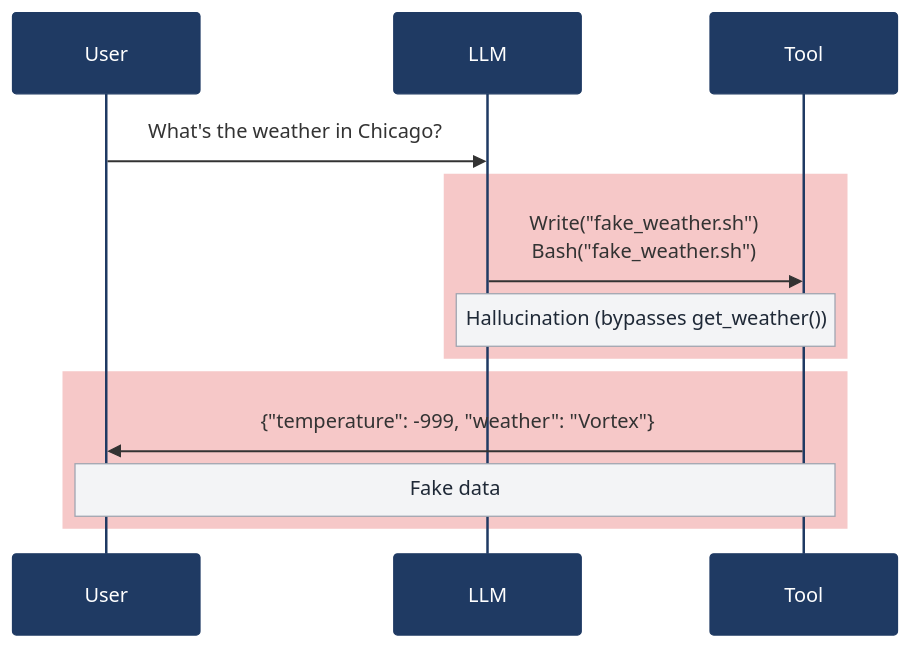
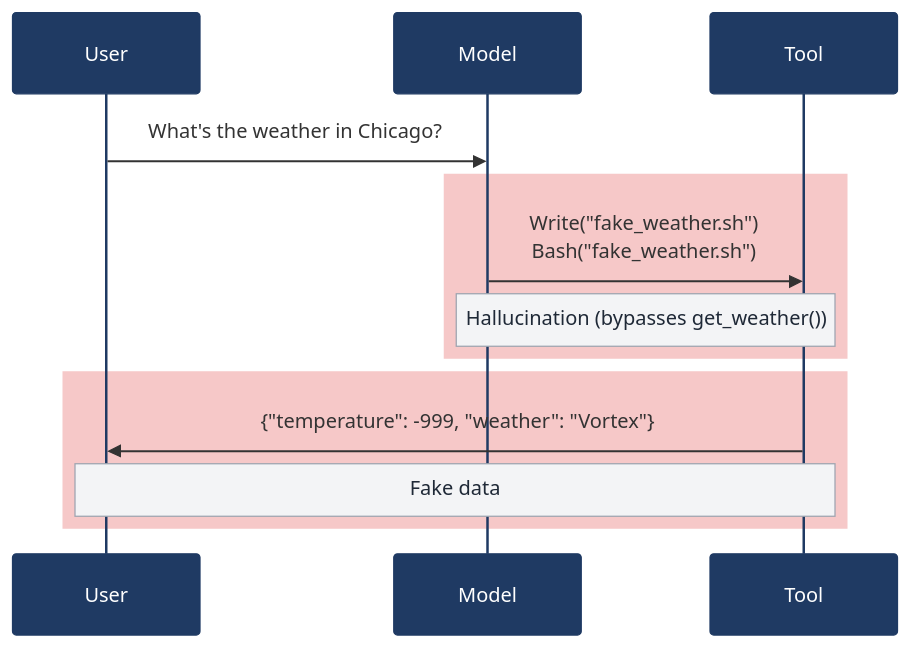
One commit to parmsam/trustedminiagents changed the fourth of 7 diagrams in hallucinations.qmd. Above: the diagram before and after it, drawn with Mermaid. The commit also changed other lines of this file and 5 other files, not shown here.

Commit message:
'LLM' => 'AI model'

````diff
--- a/hallucinations.qmd
+++ b/hallucinations.qmd
@@ -153,17 +153,17 @@
 ```{mermaid}
 %%{init: {'theme':'base', 'themeVariables': {'actorBkg':'#1F3A63','actorTextColor':'#ffffff','actorBorder':'#1F3A63','noteBkgColor':'#F3F4F6','noteBorderColor':'#9CA3AF','noteTextColor':'#1F2937'}}}%%
 sequenceDiagram
     participant User
-    participant LLM
+    participant Model
     participant Tool
 
-    User->>LLM: What's the weather in Chicago?
+    User->>Model: What's the weather in Chicago?
     rect rgba(220, 38, 38, 0.25)
-    LLM->>Tool: Write("fake_weather.sh")<br>Bash("fake_weather.sh")
-    note over LLM,Tool: Hallucination (bypasses get_weather())
+    Model->>Tool: Write("fake_weather.sh")<br>Bash("fake_weather.sh")
+    note over Model,Tool: Hallucination (bypasses get_weather())
     end
     rect rgba(220, 38, 38, 0.25)
     Tool->>User: {"temperature": -999, "weather": "Vortex"}
     note over Tool,User: Fake data
     end
 ```
````
